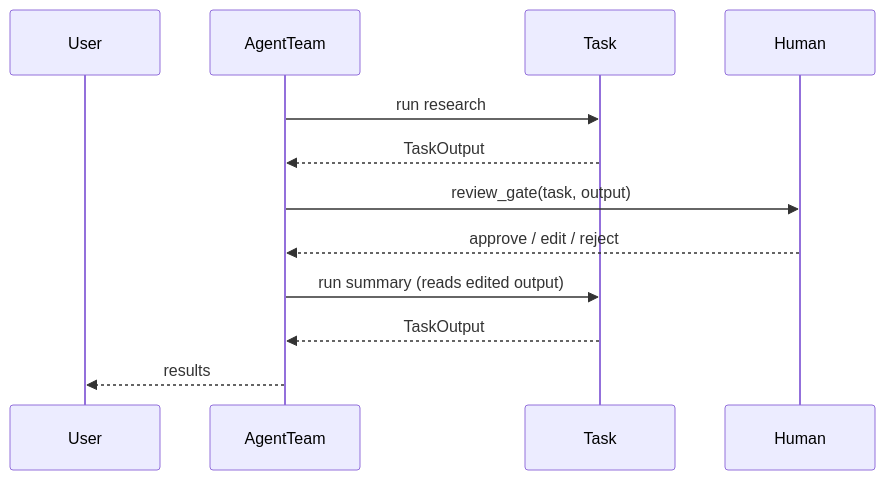
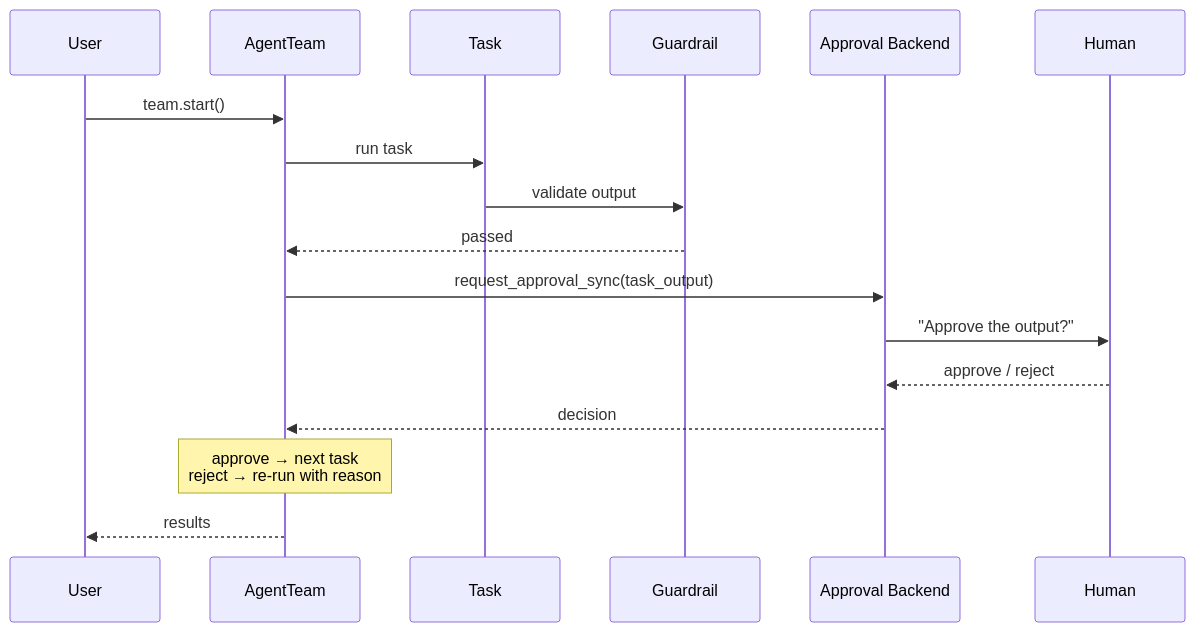
One commit to MervinPraison/PraisonAIDocs changed the second of 3 diagrams in docs/features/human-in-the-loop-review.mdx. Above: the diagram before and after it, drawn with Mermaid. The commit also changed other lines of this file and 1 other file, not shown here.

First line of the commit message:
docs: document Task(human_input=True) and human_review_prompt (fixes #4174)

````diff
--- a/docs/features/human-in-the-loop-review.mdx
+++ b/docs/features/human-in-the-loop-review.mdx
@@ -97,15 +86,20 @@
 ```mermaid
 sequenceDiagram
     participant User
     participant Team as AgentTeam
     participant Task
+    participant Guardrail
+    participant Backend as Approval Backend
     participant Human
 
-    Team->>Task: run research
-    Task-->>Team: TaskOutput
-    Team->>Human: review_gate(task, output)
-    Human-->>Team: approve / edit / reject
-    Team->>Task: run summary (reads edited output)
-    Task-->>Team: TaskOutput
+    User->>Team: team.start()
+    Team->>Task: run task
+    Task->>Guardrail: validate output
+    Guardrail-->>Team: passed
+    Team->>Backend: request_approval_sync(task_output)
+    Backend->>Human: "Approve the output?"
+    Human-->>Backend: approve / reject
+    Backend-->>Team: decision
+    Note over Team: approve → next task<br/>reject → re-run with reason
     Team-->>User: results
 ```
````
